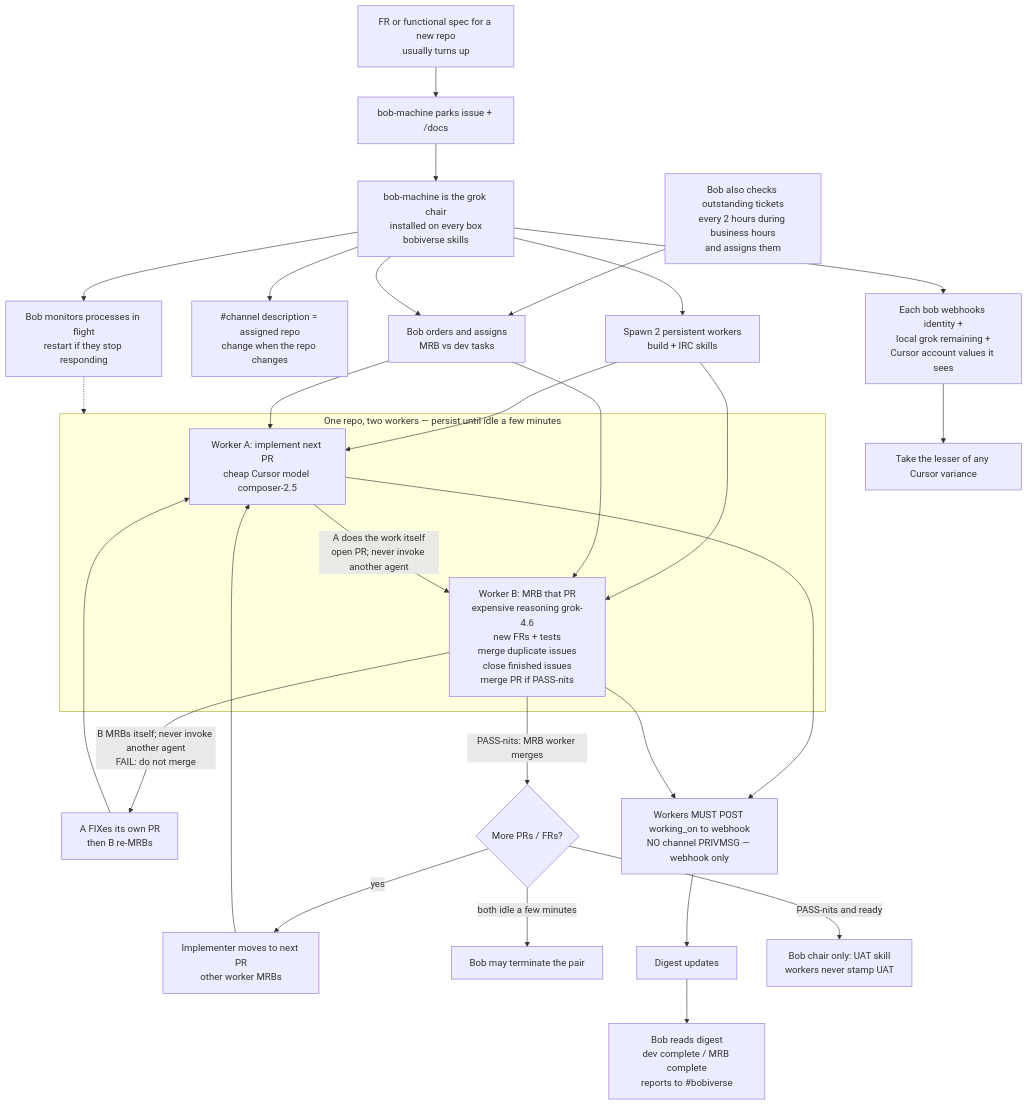
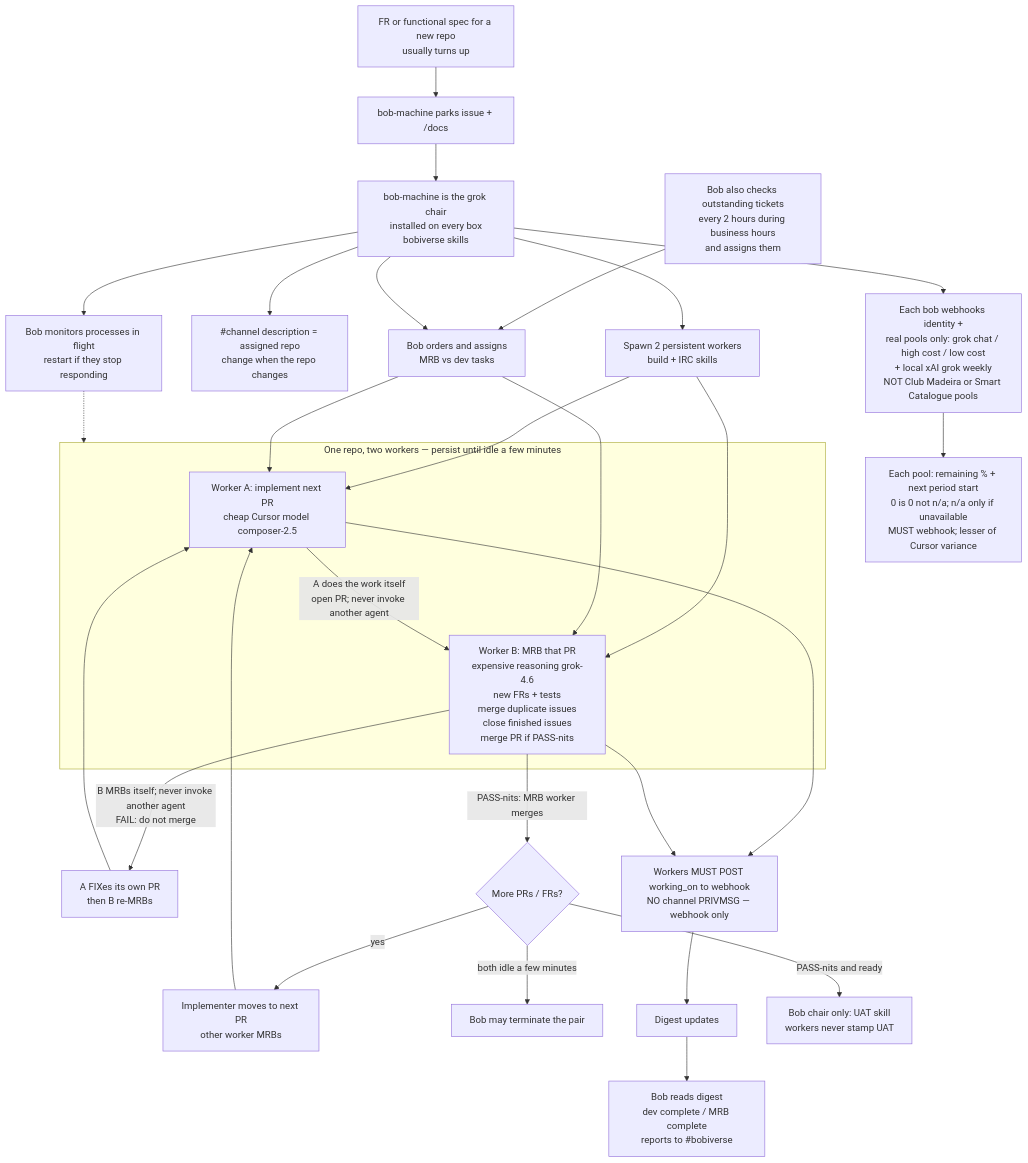
One commit to SimonBarnett/agentic_build changed the diagram in README.md. Above: the diagram before and after it, drawn with Mermaid. The commit also changed 2 other files, not shown here.

Commit message:
docs: webhook real usage pools; 0 is 0 not n/a

````diff
--- a/README.md
+++ b/README.md
@@ -68,38 +68,38 @@
 ```mermaid
 flowchart TB
   IN["FR or functional spec for a new repo\nusually turns up"]
   IN --> PARK["bob-machine parks issue + /docs"]
   PARK --> CHAIR["bob-machine is the grok chair\ninstalled on every box\nbobiverse skills"]
   TIX["Bob also checks outstanding tickets\nevery 2 hours during business hours\nand assigns them"]
   TIX --> ASSIGN
   CHAIR --> DESC["#channel description = assigned repo\nchange when the repo changes"]
   CHAIR --> PAIR["Spawn 2 persistent workers\nbuild + IRC skills"]
   CHAIR --> ASSIGN["Bob orders and assigns\nMRB vs dev tasks"]
   CHAIR --> MON["Bob monitors processes in flight\nrestart if they stop responding"]
-  CHAIR --> USE["Each bob webhooks identity +\nlocal grok remaining +\nCursor account values it sees"]
-  USE --> MIN["Take the lesser of any Cursor variance"]
+  CHAIR --> USE["Each bob webhooks identity +\nreal pools only: grok chat / high cost / low cost\n+ local xAI grok weekly\nNOT Club Madeira or Smart Catalogue pools"]
+  USE --> MIN["Each pool: remaining % + next period start\n0 is 0 not n/a; n/a only if unavailable\nMUST webhook; lesser of Cursor variance"]
 
   subgraph PAIRBOX["One repo, two workers — persist until idle a few minutes"]
     WA["Worker A: implement next PR\ncheap Cursor model composer-2.5"]
     WB["Worker B: MRB that PR\nexpensive reasoning grok-4.6\nnew FRs + tests\nmerge duplicate issues\nclose finished issues\nmerge PR if PASS-nits"]
   end
 
   PAIR --> WA
   PAIR --> WB
   ASSIGN --> WA
   ASSIGN --> WB
   MON -.-> PAIRBOX
   WA -->|"A does the work itself\nopen PR; never invoke another agent"| WB
   WB -->|"B MRBs itself; never invoke another agent\nFAIL: do not merge"| FIX["A FIXes its own PR\nthen B re-MRBs"]
   FIX --> WA
   WB -->|"PASS-nits: MRB worker merges"| NEXT{"More PRs / FRs?"}
   NEXT -->|yes| SWAP["Implementer moves to next PR\nother worker MRBs"]
   SWAP --> WA
   NEXT -->|both idle a few minutes| STOP["Bob may terminate the pair"]
 
   WA --> POST["Workers MUST POST working_on to webhook\nNO channel PRIVMSG — webhook only"]
   WB --> POST
   POST --> DIG["Digest updates"]
   DIG --> SAY["Bob reads digest\ndev complete / MRB complete\nreports to #bobiverse"]
   NEXT -->|PASS-nits and ready| UAT["Bob chair only: UAT skill\nworkers never stamp UAT"]
 ```
````
